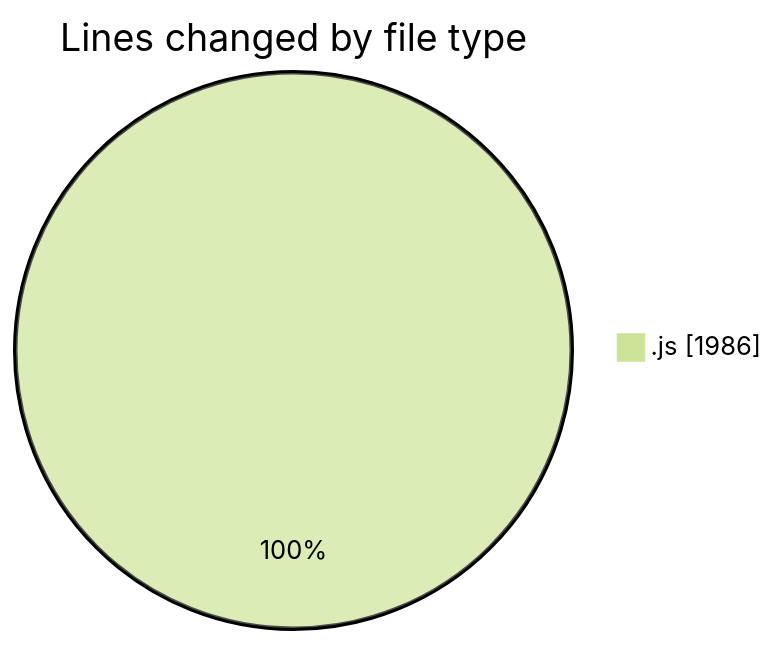
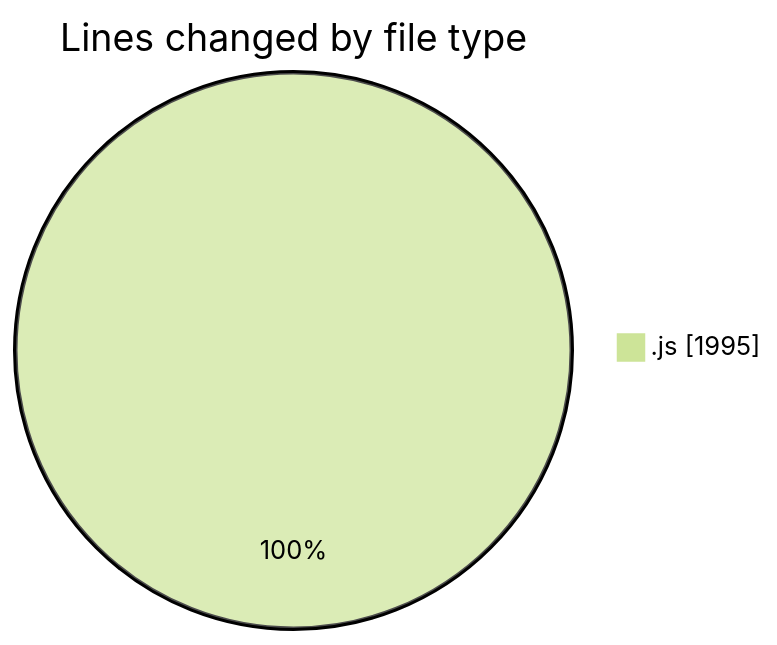
Before and after one commit to nxtqubesakshisongat/code-tracking: the first of 2 diagrams in 2025-08-31/nxtqube_webapp/README.md, drawn with Mermaid (forest theme). The commit also changed other lines of this file and 1 other file, not shown here.

````diff
--- a/2025-08-31/nxtqube_webapp/README.md
+++ b/2025-08-31/nxtqube_webapp/README.md
@@ -20,5 +20,5 @@
 ```mermaid
 pie showData
 title Lines changed by file type
-".js" : 1986
+".js" : 1995
 ```
````
